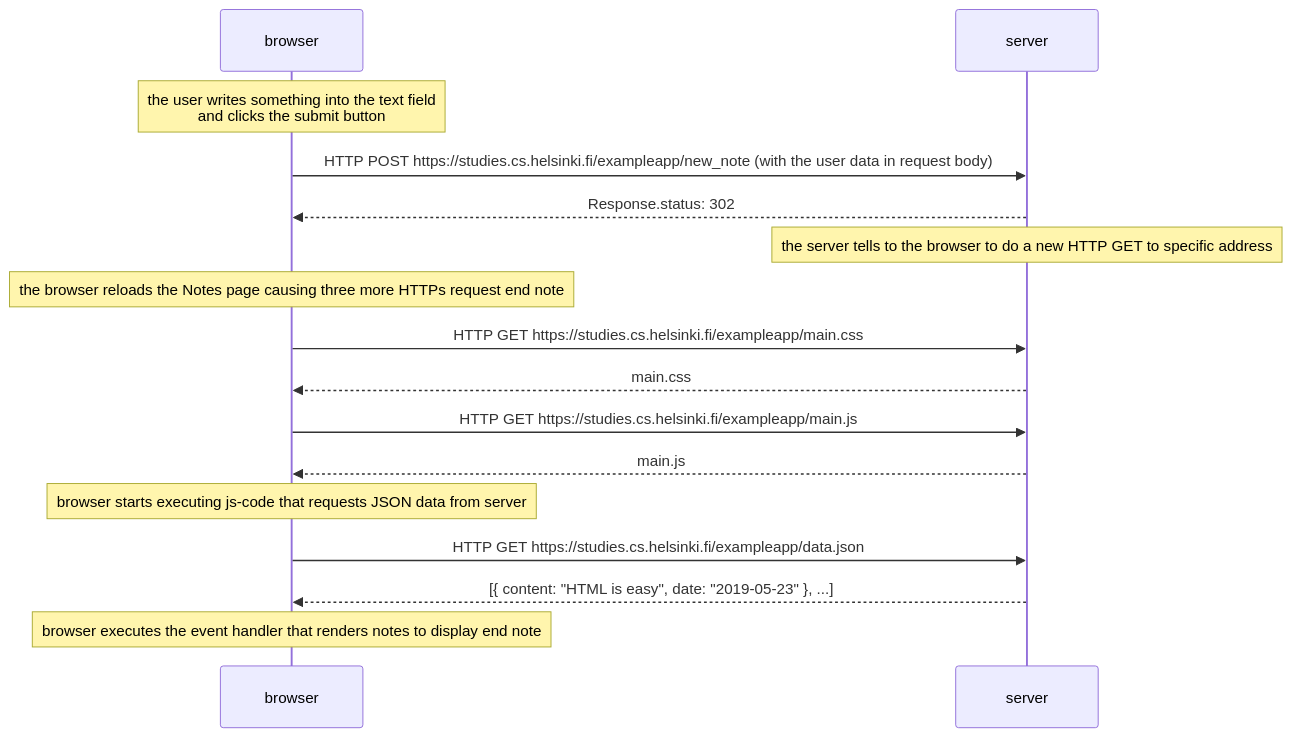
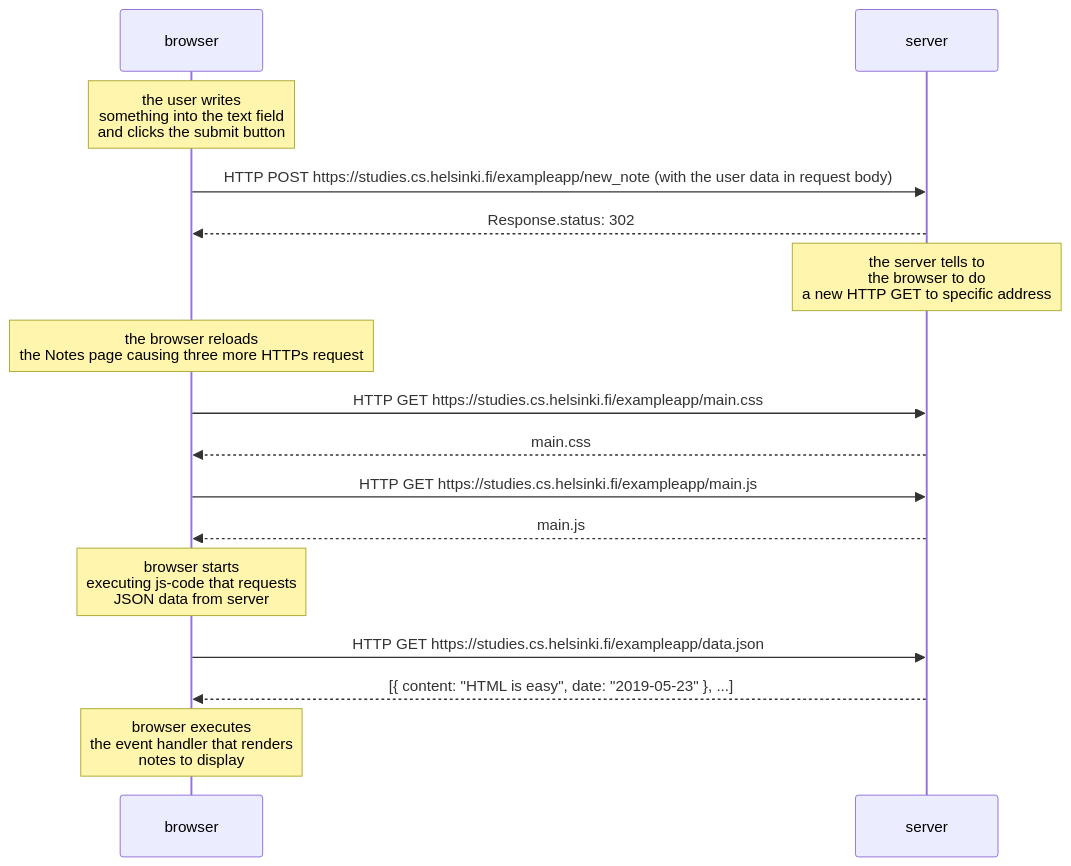
One commit to hectormoba/full-stack-open-2022 changed the diagram in part0/newnote.md. Above: the diagram before and after it, drawn with Mermaid.

````diff
--- a/part0/newnote.md
+++ b/part0/newnote.md
@@ -3,25 +3,25 @@
 ```mermaid
 sequenceDiagram
 
-note over browser: the user writes something into the text field<br/>and clicks the submit button
+note over browser: the user writes<br/>something into the text field<br/>and clicks the submit button
 
 browser->>server: HTTP POST https://studies.cs.helsinki.fi/exampleapp/new_note (with the user data in request body)
 server-->>browser: Response.status: 302
 
-note over server: the server tells to the browser to do a new HTTP GET to specific address
+note over server: the server tells to<br/>the browser to do<br/>a new HTTP GET to specific address
 
-note over browser: the browser reloads the Notes page causing three more HTTPs request end note
+note over browser: the browser reloads<br/>the Notes page causing three more HTTPs request
 
 browser->>server: HTTP GET https://studies.cs.helsinki.fi/exampleapp/main.css
 server-->>browser: main.css
 browser->>server: HTTP GET https://studies.cs.helsinki.fi/exampleapp/main.js
 server-->>browser: main.js
 
-note over browser: browser starts executing js-code that requests JSON data from server
+note over browser: browser starts<br/>executing js-code that requests<br/>JSON data from server
 
 browser->>server: HTTP GET https://studies.cs.helsinki.fi/exampleapp/data.json
 server-->>browser: [{ content: "HTML is easy", date: "2019-05-23" }, ...]
 
-note over browser: browser executes the event handler that renders notes to display end note
+note over browser: browser executes<br/>the event handler that renders<br/>notes to display
 
 ```
````
